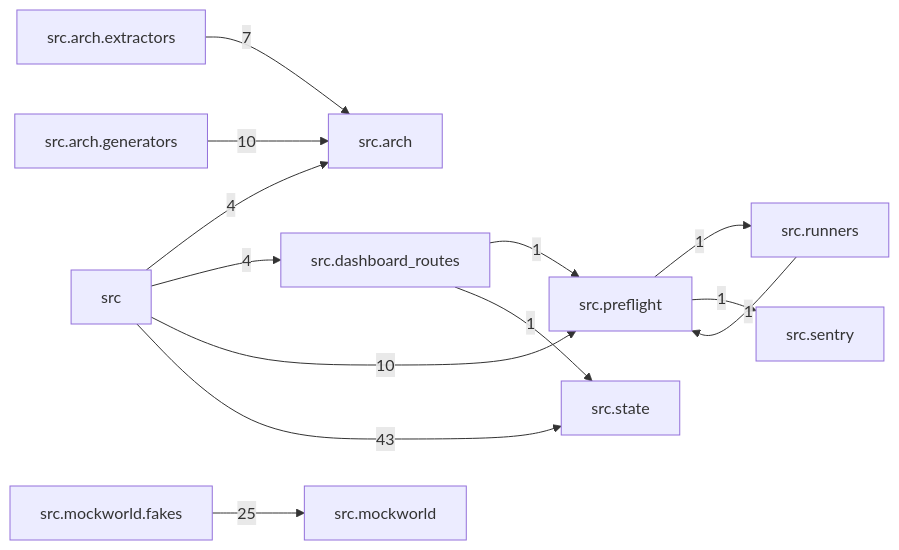
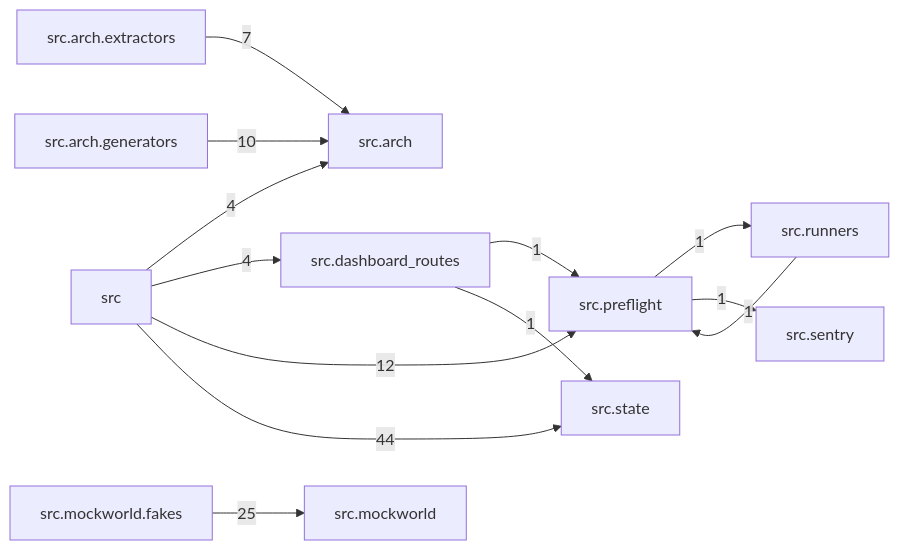
One commit to T-rav/hyrdaflow changed the diagram in docs/arch/generated/modules.md. Above: the diagram before and after it, drawn with Mermaid. The commit also changed other lines of this file and 48 other files, not shown here.

````diff
--- a/docs/arch/generated/modules.md
+++ b/docs/arch/generated/modules.md
@@ -7,26 +7,26 @@
 ```mermaid
 graph LR
     src["src"]
     src_arch["src.arch"]
     src_arch_extractors["src.arch.extractors"]
     src_arch_generators["src.arch.generators"]
     src_dashboard_routes["src.dashboard_routes"]
     src_mockworld["src.mockworld"]
     src_mockworld_fakes["src.mockworld.fakes"]
     src_preflight["src.preflight"]
     src_runners["src.runners"]
     src_sentry["src.sentry"]
     src_state["src.state"]
     src -- "4" --> src_arch
     src -- "4" --> src_dashboard_routes
-    src -- "10" --> src_preflight
-    src -- "43" --> src_state
+    src -- "12" --> src_preflight
+    src -- "44" --> src_state
     src_arch_extractors -- "7" --> src_arch
     src_arch_generators -- "10" --> src_arch
     src_dashboard_routes -- "1" --> src_preflight
     src_dashboard_routes -- "1" --> src_state
     src_mockworld_fakes -- "25" --> src_mockworld
     src_preflight -- "1" --> src_runners
     src_preflight -- "1" --> src_sentry
     src_runners -- "1" --> src_preflight
 ```
````
